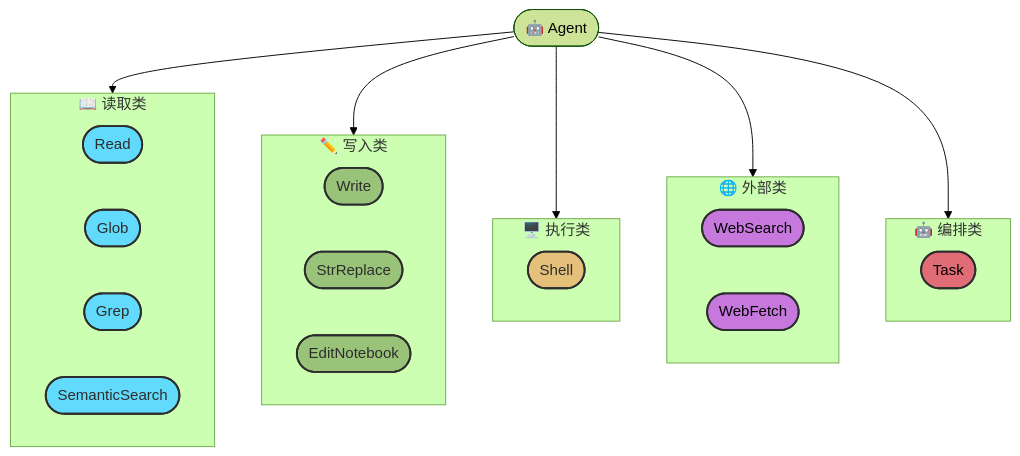
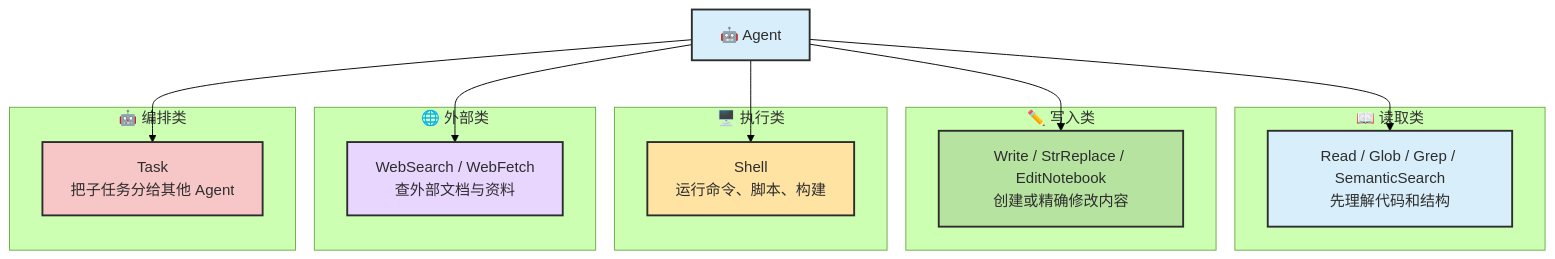
The third of 7 diagrams in docs/chapters/ch05-agent-mechanics.md (zht043/AgenticCodingTutorial), drawn with Mermaid (forest theme) before and after one commit. The commit also changed other lines of this file and 69 other files, not shown here.

Commit message:
optimize docs and add mermaid validation

````diff
--- a/docs/chapters/ch05-agent-mechanics.md
+++ b/docs/chapters/ch05-agent-mechanics.md
@@ -131,38 +149,37 @@
 ```mermaid
 flowchart TB
-    classDef read fill:#61dafb,stroke:#2d2d2d,stroke-width:2px,color:#2d2d2d
-    classDef write fill:#98c379,stroke:#2d2d2d,stroke-width:2px,color:#2d2d2d
-    classDef exec fill:#e5c07b,stroke:#2d2d2d,stroke-width:2px,color:#2d2d2d
-    classDef ext fill:#c678dd,stroke:#2d2d2d,stroke-width:2px
-    classDef orch fill:#e06c75,stroke:#2d2d2d,stroke-width:2px
+    classDef core fill:#d8eefb,stroke:#2d2d2d,stroke-width:2px,color:#2d2d2d
+    classDef read fill:#d8eefb,stroke:#2d2d2d,stroke-width:2px,color:#2d2d2d
+    classDef write fill:#b7e3a1,stroke:#2d2d2d,stroke-width:2px,color:#2d2d2d
+    classDef exec fill:#ffe3a3,stroke:#2d2d2d,stroke-width:2px,color:#2d2d2d
+    classDef ext fill:#e8d6ff,stroke:#2d2d2d,stroke-width:2px,color:#2d2d2d
+    classDef orch fill:#f7c6c7,stroke:#2d2d2d,stroke-width:2px,color:#2d2d2d
 
-    Agent(["🤖 Agent"])
+    Agent["🤖 Agent"]:::core
 
     subgraph READ["📖 读取类"]
-        R1(["Read"]):::read
-        R2(["Glob"]):::read
-        R3(["Grep"]):::read
-        R4(["SemanticSearch"]):::read
+        R["Read / Glob / Grep / SemanticSearch<br/>先理解代码和结构"]:::read
     end
 
     subgraph WRITE["✏️ 写入类"]
-        W1(["Write"]):::write
-        W2(["StrReplace"]):::write
-        W3(["EditNotebook"]):::write
+        W["Write / StrReplace / EditNotebook<br/>创建或精确修改内容"]:::write
     end
 
     subgraph EXEC["🖥️ 执行类"]
-        E1(["Shell"]):::exec
+        E["Shell<br/>运行命令、脚本、构建"]:::exec
     end
 
     subgraph EXT["🌐 外部类"]
-        X1(["WebSearch"]):::ext
-        X2(["WebFetch"]):::ext
+        X["WebSearch / WebFetch<br/>查外部文档与资料"]:::ext
     end
 
     subgraph ORCH["🤖 编排类"]
-        O1(["Task"]):::orch
+        O["Task<br/>把子任务分给其他 Agent"]:::orch
     end
 
-    Agent --> READ & WRITE & EXEC & EXT & ORCH
+    Agent --> R
+    Agent --> W
+    Agent --> E
+    Agent --> X
+    Agent --> O
 ```
````
